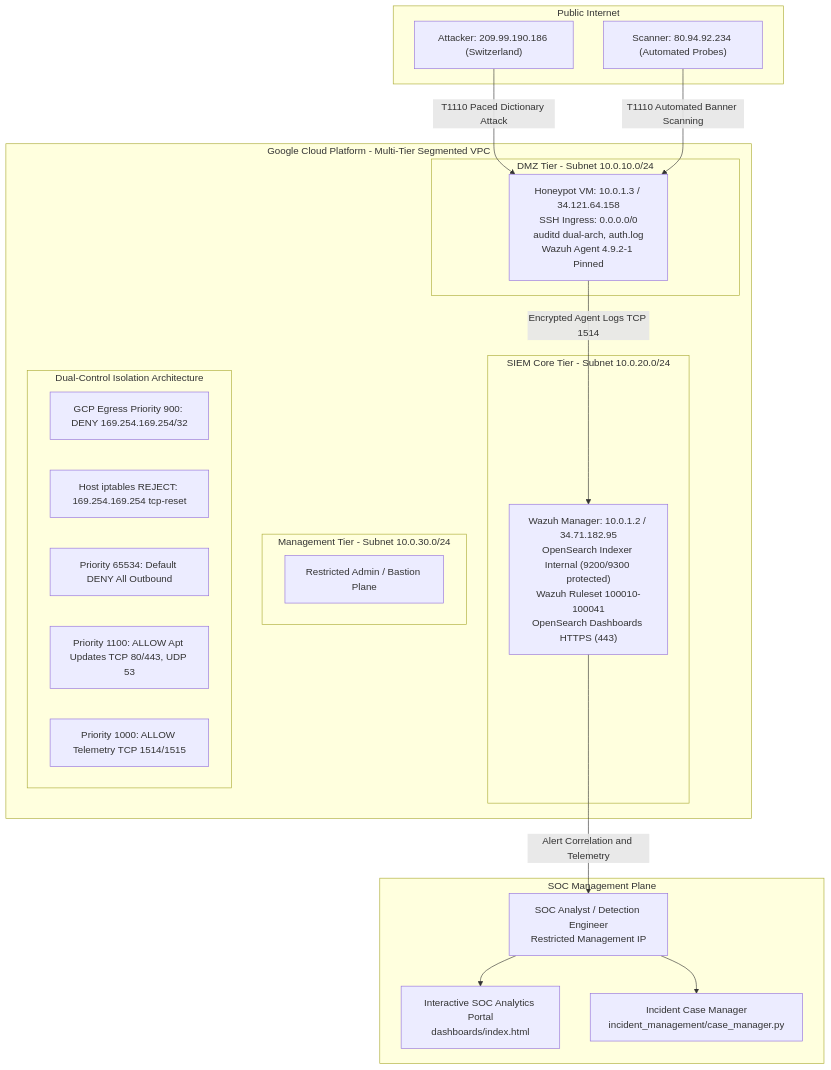
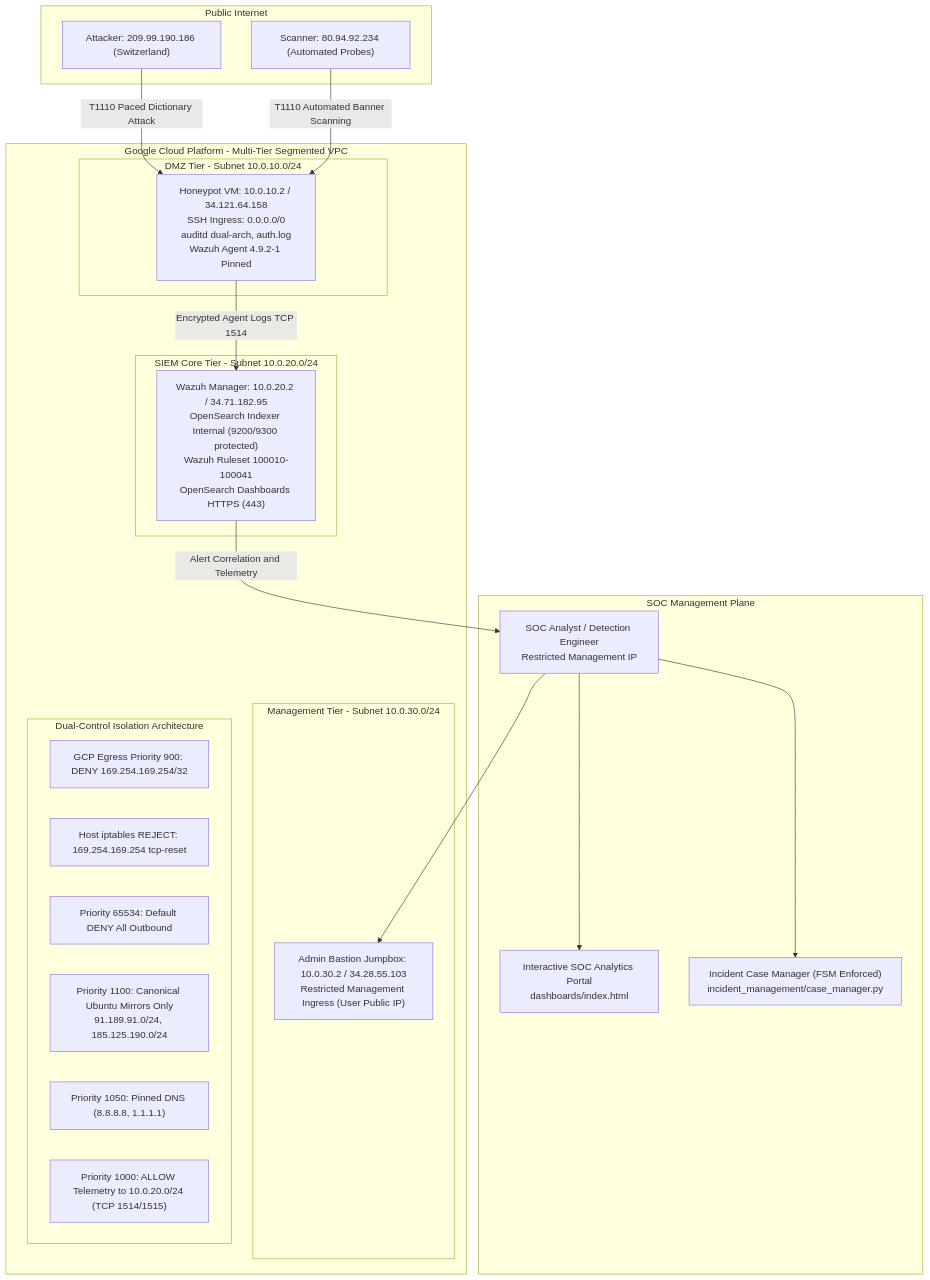
Before and after one commit to Yogesht1520/Security-Engineering-Portfolio: the diagram in siem-detection-lab/README.md, drawn with Mermaid. The commit also changed other lines of this file and 21 other files, not shown here.

First line of the commit message:
fix(remediation): complete architectural, forensic, and detection engineering hardening

````diff
--- a/siem-detection-lab/README.md
+++ b/siem-detection-lab/README.md
@@ -14,42 +14,44 @@
 ```mermaid
 flowchart TD
     subgraph Internet["Public Internet"]
         ATK1["Attacker: 209.99.190.186 (Switzerland)"]
         ATK2["Scanner: 80.94.92.234 (Automated Probes)"]
     end
 
     subgraph GCP["Google Cloud Platform - Multi-Tier Segmented VPC"]
         subgraph DMZSubnet["DMZ Tier - Subnet 10.0.10.0/24"]
-            Honeypot["Honeypot VM: 10.0.1.3 / 34.121.64.158<br/>SSH Ingress: 0.0.0.0/0<br/>auditd dual-arch, auth.log<br/>Wazuh Agent 4.9.2-1 Pinned"]
+            Honeypot["Honeypot VM: 10.0.10.2 / 34.121.64.158<br/>SSH Ingress: 0.0.0.0/0<br/>auditd dual-arch, auth.log<br/>Wazuh Agent 4.9.2-1 Pinned"]
         end
 
         subgraph SIEMSubnet["SIEM Core Tier - Subnet 10.0.20.0/24"]
-            SIEM["Wazuh Manager: 10.0.1.2 / 34.71.182.95<br/>OpenSearch Indexer Internal (9200/9300 protected)<br/>Wazuh Ruleset 100010-100041<br/>OpenSearch Dashboards HTTPS (443)"]
+            SIEM["Wazuh Manager: 10.0.20.2 / 34.71.182.95<br/>OpenSearch Indexer Internal (9200/9300 protected)<br/>Wazuh Ruleset 100010-100041<br/>OpenSearch Dashboards HTTPS (443)"]
         end
 
         subgraph AdminSubnet["Management Tier - Subnet 10.0.30.0/24"]
-            Bastion["Restricted Admin / Bastion Plane"]
+            Bastion["Admin Bastion Jumpbox: 10.0.30.2 / 34.28.55.103<br/>Restricted Management Ingress (User Public IP)"]
         end
 
         subgraph IsolationControls["Dual-Control Isolation Architecture"]
             MetaGCP["GCP Egress Priority 900: DENY 169.254.169.254/32"]
             MetaHost["Host iptables REJECT: 169.254.169.254 tcp-reset"]
             EgressDeny["Priority 65534: Default DENY All Outbound"]
-            EgressPkg["Priority 1100: ALLOW Apt Updates TCP 80/443, UDP 53"]
-            EgressSIEM["Priority 1000: ALLOW Telemetry TCP 1514/1515"]
+            EgressPkg["Priority 1100: Canonical Ubuntu Mirrors Only<br/>91.189.91.0/24, 185.125.190.0/24"]
+            EgressDNS["Priority 1050: Pinned DNS (8.8.8.8, 1.1.1.1)"]
+            EgressSIEM["Priority 1000: ALLOW Telemetry to 10.0.20.0/24 (TCP 1514/1515)"]
         end
     end
 
     subgraph SOC["SOC Management Plane"]
         Analyst["SOC Analyst / Detection Engineer<br/>Restricted Management IP"]
         Portal["Interactive SOC Analytics Portal<br/>dashboards/index.html"]
-        CaseMgmt["Incident Case Manager<br/>incident_management/case_manager.py"]
+        CaseMgmt["Incident Case Manager (FSM Enforced)<br/>incident_management/case_manager.py"]
     end
 
     ATK1 -->|"T1110 Paced Dictionary Attack"| Honeypot
     ATK2 -->|"T1110 Automated Banner Scanning"| Honeypot
     Honeypot -->|"Encrypted Agent Logs TCP 1514"| SIEM
     SIEM -->|"Alert Correlation and Telemetry"| Analyst
+    Analyst --> Bastion
     Analyst --> Portal
     Analyst --> CaseMgmt
 ```
````
